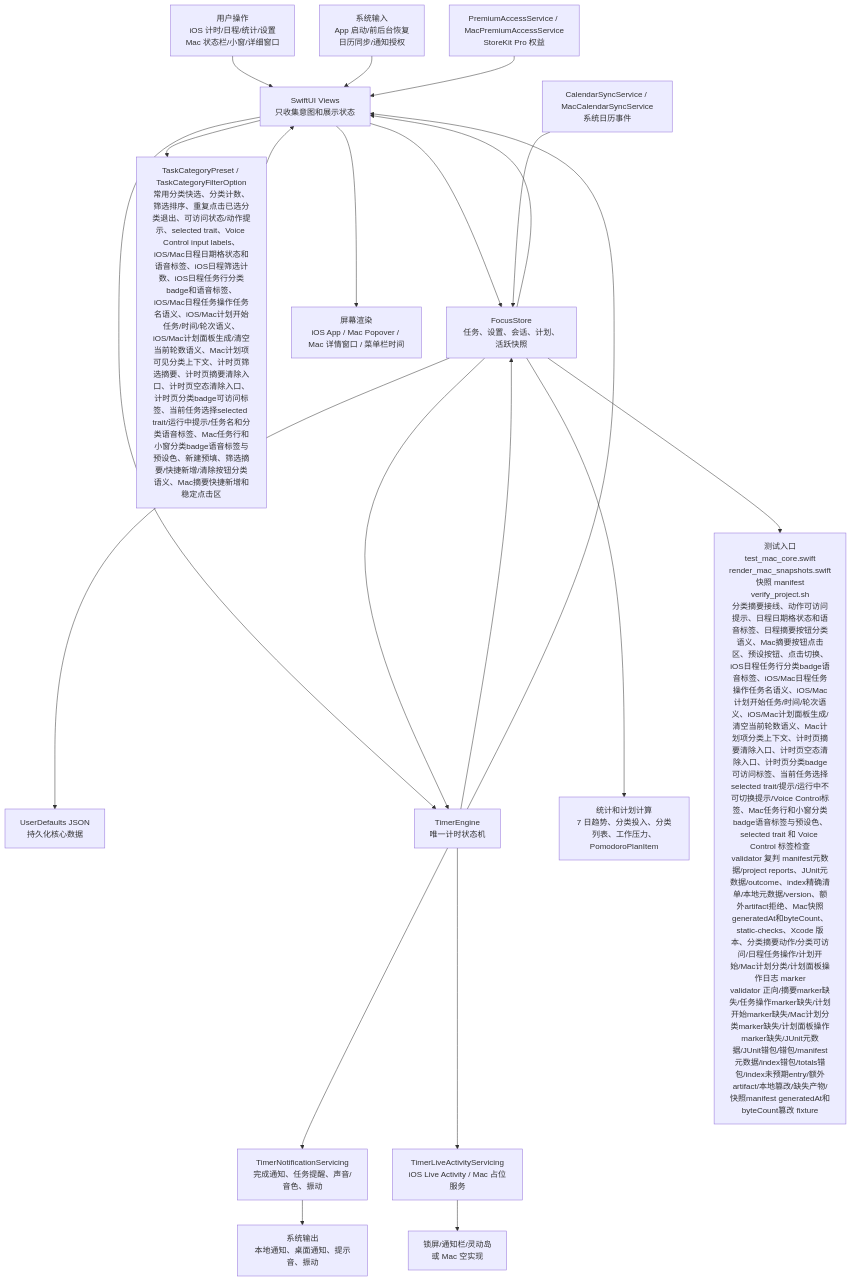
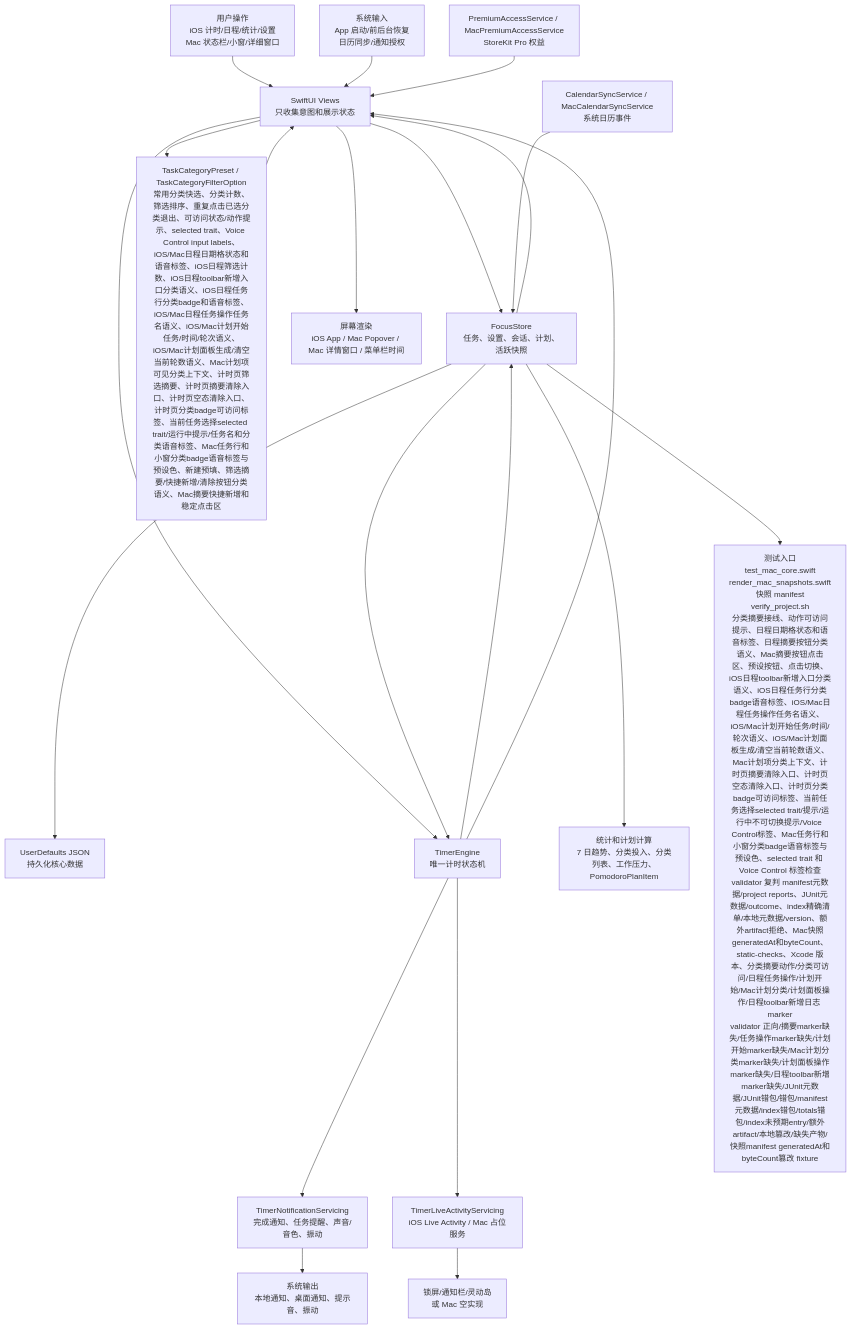
The first of 6 diagrams in md/flow/flowchart.md (Altman-sam114/114), drawn with Mermaid before and after one commit. The commit also changed other lines of this file and 8 other files, not shown here.

````diff
--- a/md/flow/flowchart.md
+++ b/md/flow/flowchart.md
@@ -9,23 +9,23 @@
 ```mermaid
 flowchart TD
   U["用户操作<br/>iOS 计时/日程/统计/设置<br/>Mac 状态栏/小窗/详细窗口"] --> V["SwiftUI Views<br/>只收集意图和展示状态"]
   SYS["系统输入<br/>App 启动/前后台恢复<br/>日历同步/通知授权"] --> V
   V --> S["FocusStore<br/>任务、设置、会话、计划、活跃快照"]
-  V --> CAT["TaskCategoryPreset / TaskCategoryFilterOption<br/>常用分类快选、分类计数、筛选排序、重复点击已选分类退出、可访问状态/动作提示、selected trait、Voice Control input labels、iOS/Mac日程日期格状态和语音标签、iOS日程筛选计数、iOS日程任务行分类badge和语音标签、iOS/Mac日程任务操作任务名语义、iOS/Mac计划开始任务/时间/轮次语义、iOS/Mac计划面板生成/清空当前轮数语义、Mac计划项可见分类上下文、计时页筛选摘要、计时页摘要清除入口、计时页空态清除入口、计时页分类badge可访问标签、当前任务选择selected trait/运行中提示/任务名和分类语音标签、Mac任务行和小窗分类badge语音标签与预设色、新建预填、筛选摘要/快捷新增/清除按钮分类语义、Mac摘要快捷新增和稳定点击区"]
+  V --> CAT["TaskCategoryPreset / TaskCategoryFilterOption<br/>常用分类快选、分类计数、筛选排序、重复点击已选分类退出、可访问状态/动作提示、selected trait、Voice Control input labels、iOS/Mac日程日期格状态和语音标签、iOS日程筛选计数、iOS日程toolbar新增入口分类语义、iOS日程任务行分类badge和语音标签、iOS/Mac日程任务操作任务名语义、iOS/Mac计划开始任务/时间/轮次语义、iOS/Mac计划面板生成/清空当前轮数语义、Mac计划项可见分类上下文、计时页筛选摘要、计时页摘要清除入口、计时页空态清除入口、计时页分类badge可访问标签、当前任务选择selected trait/运行中提示/任务名和分类语音标签、Mac任务行和小窗分类badge语音标签与预设色、新建预填、筛选摘要/快捷新增/清除按钮分类语义、Mac摘要快捷新增和稳定点击区"]
   CAT --> V
   S --> P["UserDefaults JSON<br/>持久化核心数据"]
   V --> E["TimerEngine<br/>唯一计时状态机"]
   S --> E
   E --> S
   E --> N["TimerNotificationServicing<br/>完成通知、任务提醒、声音/音色、振动"]
   E --> L["TimerLiveActivityServicing<br/>iOS Live Activity / Mac 占位服务"]
   S --> C["统计和计划计算<br/>7 日趋势、分类投入、分类列表、工作压力、PomodoroPlanItem"]
   CAL["CalendarSyncService / MacCalendarSyncService<br/>系统日历事件"] --> S
   PRO["PremiumAccessService / MacPremiumAccessService<br/>StoreKit Pro 权益"] --> V
   S --> V
   E --> V
   V --> OUT["屏幕渲染<br/>iOS App / Mac Popover / Mac 详情窗口 / 菜单栏时间"]
   N --> OUT2["系统输出<br/>本地通知、桌面通知、提示音、振动"]
   L --> OUT3["锁屏/通知栏/灵动岛<br/>或 Mac 空实现"]
-  S --> T["测试入口<br/>test_mac_core.swift<br/>render_mac_snapshots.swift<br/>快照 manifest<br/>verify_project.sh<br/>分类摘要接线、动作可访问提示、日程日期格状态和语音标签、日程摘要按钮分类语义、Mac摘要按钮点击区、预设按钮、点击切换、iOS日程任务行分类badge语音标签、iOS/Mac日程任务操作任务名语义、iOS/Mac计划开始任务/时间/轮次语义、iOS/Mac计划面板生成/清空当前轮数语义、Mac计划项分类上下文、计时页摘要清除入口、计时页空态清除入口、计时页分类badge可访问标签、当前任务选择selected trait/提示/运行中不可切换提示/Voice Control标签、Mac任务行和小窗分类badge语音标签与预设色、selected trait 和 Voice Control 标签检查<br/>validator 复判 manifest元数据/project reports、JUnit元数据/outcome、index精确清单/本地元数据/version、额外artifact拒绝、Mac快照generatedAt和byteCount、static-checks、Xcode 版本、分类摘要动作/分类可访问/日程任务操作/计划开始/Mac计划分类/计划面板操作日志 marker<br/>validator 正向/摘要marker缺失/任务操作marker缺失/计划开始marker缺失/Mac计划分类marker缺失/计划面板操作marker缺失/JUnit元数据/JUnit错包/错包/manifest元数据/index错包/totals错包/index未预期entry/额外artifact/本地篡改/缺失产物/快照manifest generatedAt和byteCount篡改 fixture"]
+  S --> T["测试入口<br/>test_mac_core.swift<br/>render_mac_snapshots.swift<br/>快照 manifest<br/>verify_project.sh<br/>分类摘要接线、动作可访问提示、日程日期格状态和语音标签、日程摘要按钮分类语义、Mac摘要按钮点击区、预设按钮、点击切换、iOS日程toolbar新增入口分类语义、iOS日程任务行分类badge语音标签、iOS/Mac日程任务操作任务名语义、iOS/Mac计划开始任务/时间/轮次语义、iOS/Mac计划面板生成/清空当前轮数语义、Mac计划项分类上下文、计时页摘要清除入口、计时页空态清除入口、计时页分类badge可访问标签、当前任务选择selected trait/提示/运行中不可切换提示/Voice Control标签、Mac任务行和小窗分类badge语音标签与预设色、selected trait 和 Voice Control 标签检查<br/>validator 复判 manifest元数据/project reports、JUnit元数据/outcome、index精确清单/本地元数据/version、额外artifact拒绝、Mac快照generatedAt和byteCount、static-checks、Xcode 版本、分类摘要动作/分类可访问/日程任务操作/计划开始/Mac计划分类/计划面板操作/日程toolbar新增日志 marker<br/>validator 正向/摘要marker缺失/任务操作marker缺失/计划开始marker缺失/Mac计划分类marker缺失/计划面板操作marker缺失/日程toolbar新增marker缺失/JUnit元数据/JUnit错包/错包/manifest元数据/index错包/totals错包/index未预期entry/额外artifact/本地篡改/缺失产物/快照manifest generatedAt和byteCount篡改 fixture"]
 ```
````
